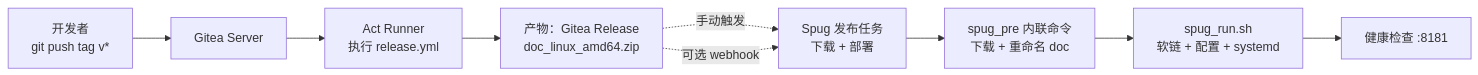
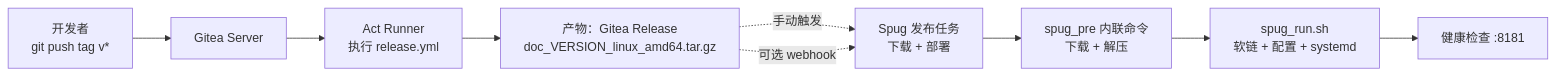
Before and after one commit to astrueus/doc: the diagram in docs/deploy-spug-actions.md, drawn with Mermaid. The commit also changed other lines of this file and 10 other files, not shown here.

First line of the commit message:
feat(release): 补齐 Linux 发版脚本与 JSON 解析，并同步包格式文档

````diff
--- a/docs/deploy-spug-actions.md
+++ b/docs/deploy-spug-actions.md
@@ -15,11 +15,11 @@
 ```mermaid
 flowchart LR
     A[开发者<br/>git push tag v*] --> B[Gitea Server]
     B --> C[Act Runner<br/>执行 release.yml]
-    C --> D[产物：Gitea Release<br/>doc_linux_amd64.zip]
+    C --> D[产物：Gitea Release<br/>doc_VERSION_linux_amd64.tar.gz]
     D -.手动触发.-> E[Spug 发布任务<br/>下载 + 部署]
     D -.可选 webhook.-> E
-    E --> F[spug_pre 内联命令<br/>下载 + 重命名 doc]
+    E --> F[spug_pre 内联命令<br/>下载 + 解压]
     F --> G[spug_run.sh<br/>软链 + 配置 + systemd]
     G --> H[健康检查 :8181]
 ```
````
